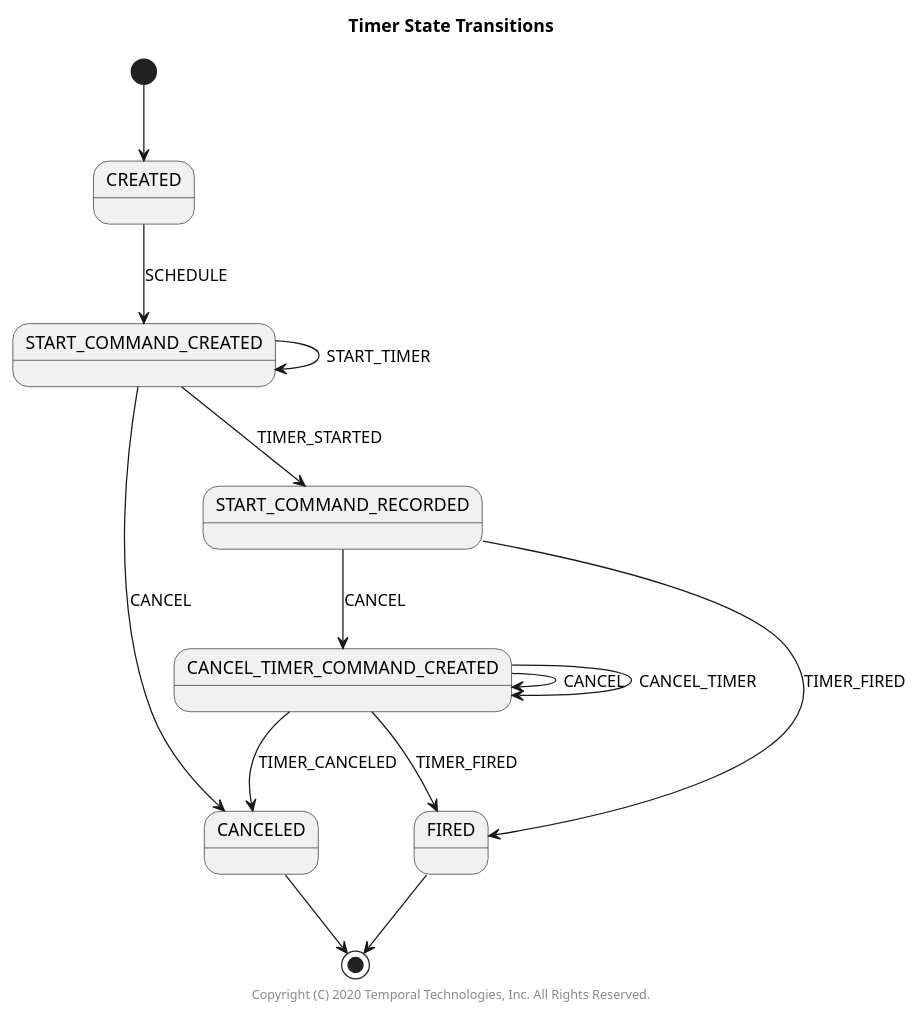
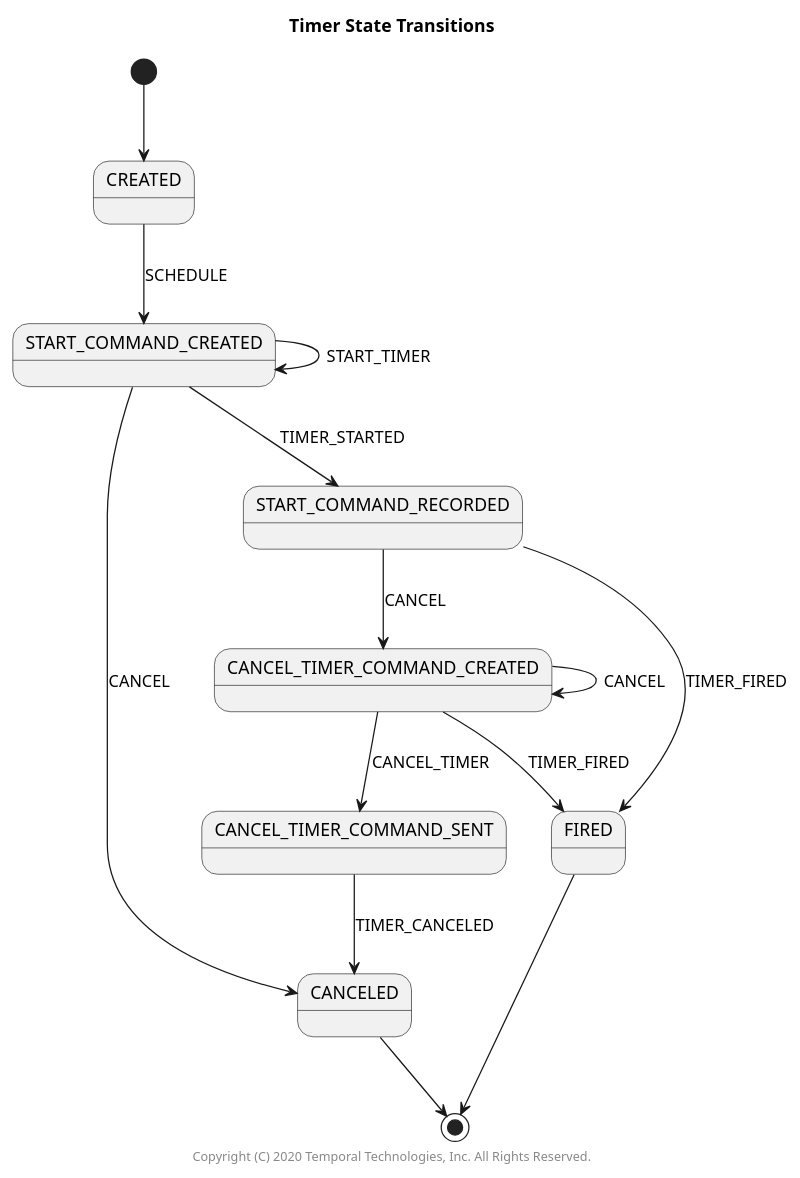
One commit to temporalio/sdk-java changed the diagram in src/main/java/io/temporal/internal/statemachines/TimerStateMachine.puml. Above: the diagram before and after it, drawn with PlantUML. The commit also changed 21 other files, not shown here.

```diff
--- a/src/main/java/io/temporal/internal/statemachines/TimerStateMachine.puml
+++ b/src/main/java/io/temporal/internal/statemachines/TimerStateMachine.puml
@@ -23,18 +23,18 @@
 @startuml
 title Timer State Transitions
 
 [*] --> CREATED
 CANCEL_TIMER_COMMAND_CREATED --> CANCEL_TIMER_COMMAND_CREATED: CANCEL
-CANCEL_TIMER_COMMAND_CREATED --> CANCELED: TIMER_CANCELED
-CANCEL_TIMER_COMMAND_CREATED --> CANCEL_TIMER_COMMAND_CREATED: CANCEL_TIMER
+CANCEL_TIMER_COMMAND_CREATED --> CANCEL_TIMER_COMMAND_SENT: CANCEL_TIMER
 CANCEL_TIMER_COMMAND_CREATED --> FIRED: TIMER_FIRED
+CANCEL_TIMER_COMMAND_SENT --> CANCELED: TIMER_CANCELED
 CREATED --> START_COMMAND_CREATED: SCHEDULE
 START_COMMAND_CREATED --> START_COMMAND_CREATED: START_TIMER
 START_COMMAND_CREATED --> START_COMMAND_RECORDED: TIMER_STARTED
 START_COMMAND_CREATED --> CANCELED: CANCEL
 START_COMMAND_RECORDED --> FIRED: TIMER_FIRED
 START_COMMAND_RECORDED --> CANCEL_TIMER_COMMAND_CREATED: CANCEL
 FIRED --> [*]
 CANCELED --> [*]
 center footer Copyright (C) 2020 Temporal Technologies, Inc. All Rights Reserved.
 @enduml
```
